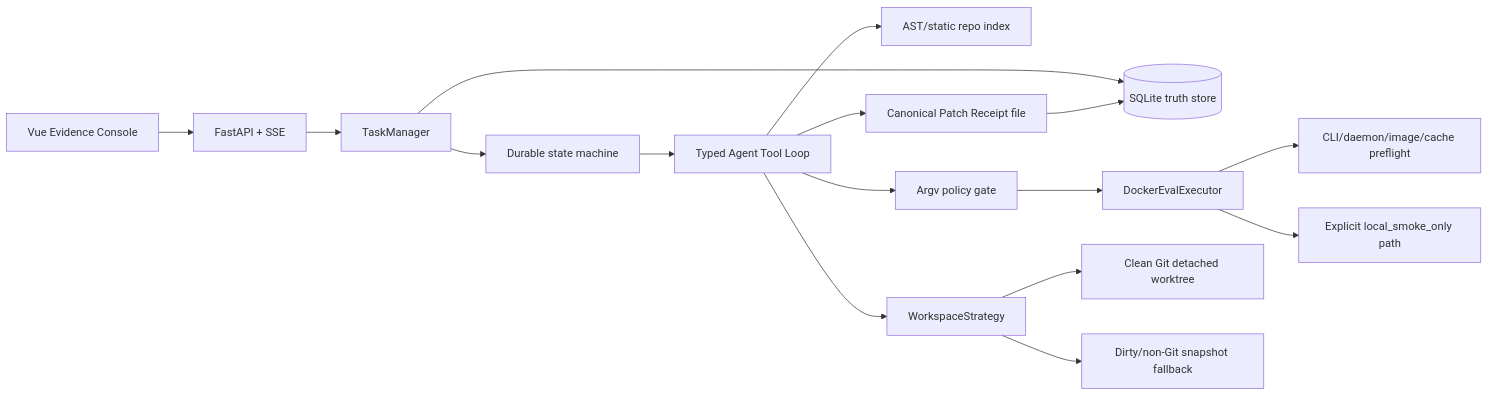
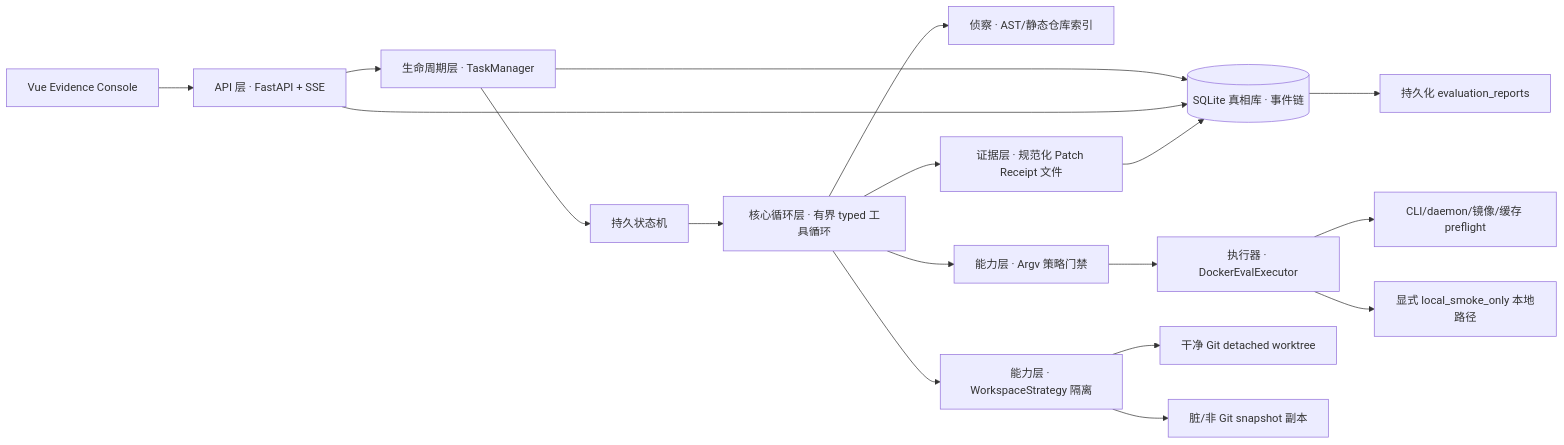
Before and after one commit to yifan-long/patchproof: the diagram in docs/ARCHITECTURE.md, drawn with Mermaid. The commit also changed other lines of this file and 73 other files, not shown here.

````diff
--- a/docs/ARCHITECTURE.md
+++ b/docs/ARCHITECTURE.md
@@ -7,18 +24,20 @@
 ```mermaid
 flowchart LR
-    UI[Vue Evidence Console] --> API[FastAPI + SSE]
-    API --> TM[TaskManager]
-    TM --> DB[(SQLite truth store)]
-    TM --> SM[Durable state machine]
-    SM --> Runner[Typed Agent Tool Loop]
-    Runner --> Index[AST/static repo index]
-    Runner --> WS[WorkspaceStrategy]
-    Runner --> Policy[Argv policy gate]
-    Policy --> Exec[DockerEvalExecutor]
-    Exec --> Preflight[CLI/daemon/image/cache preflight]
-    Exec --> LocalSmoke[Explicit local_smoke_only path]
-    WS --> Git[Clean Git detached worktree]
-    WS --> Snapshot[Dirty/non-Git snapshot fallback]
-    Runner --> Receipt[Canonical Patch Receipt file]
+    UI[Vue Evidence Console] --> API[API 层 · FastAPI + SSE]
+    API --> TM[生命周期层 · TaskManager]
+    TM --> DB[(SQLite 真相库 · 事件链)]
+    API --> DB
+    TM --> SM[持久状态机]
+    SM --> Runner[核心循环层 · 有界 typed 工具循环]
+    Runner --> Index[侦察 · AST/静态仓库索引]
+    Runner --> WS[能力层 · WorkspaceStrategy 隔离]
+    Runner --> Policy[能力层 · Argv 策略门禁]
+    Policy --> Exec[执行器 · DockerEvalExecutor]
+    Exec --> Preflight[CLI/daemon/镜像/缓存 preflight]
+    Exec --> LocalSmoke[显式 local_smoke_only 本地路径]
+    WS --> Git[干净 Git detached worktree]
+    WS --> Snapshot[脏/非 Git snapshot 副本]
+    Runner --> Receipt[证据层 · 规范化 Patch Receipt 文件]
     Receipt --> DB
+    DB --> Reports[持久化 evaluation_reports]
 ```
````
